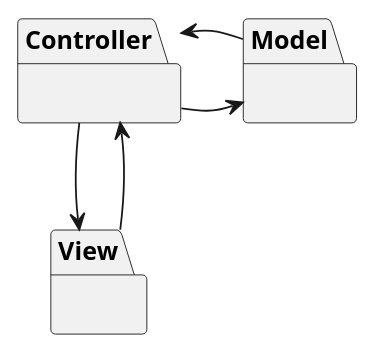
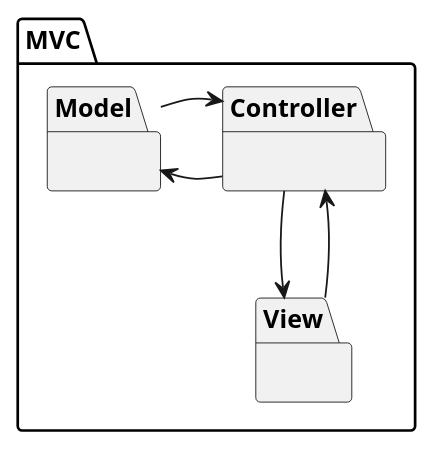
The diagram in docs/plantUml/diagram4.iuml (tonyYSaliba/Address-Book), drawn with PlantUML before and after one commit. The commit also changed 1 other file, not shown here.

```diff
--- a/docs/plantUml/diagram4.iuml
+++ b/docs/plantUml/diagram4.iuml
@@ -1,21 +1,24 @@
 @startuml
+package "MVC"{
+
 package "View" {
 
 }
 
 package "Controller" {
 
 }
 package "Model" {
 
 }
 
 Controller -down-> View
 View -up->Controller
 
 Controller -> Model
 Model ->Controller
 
+}
 
 
 @enduml
```
